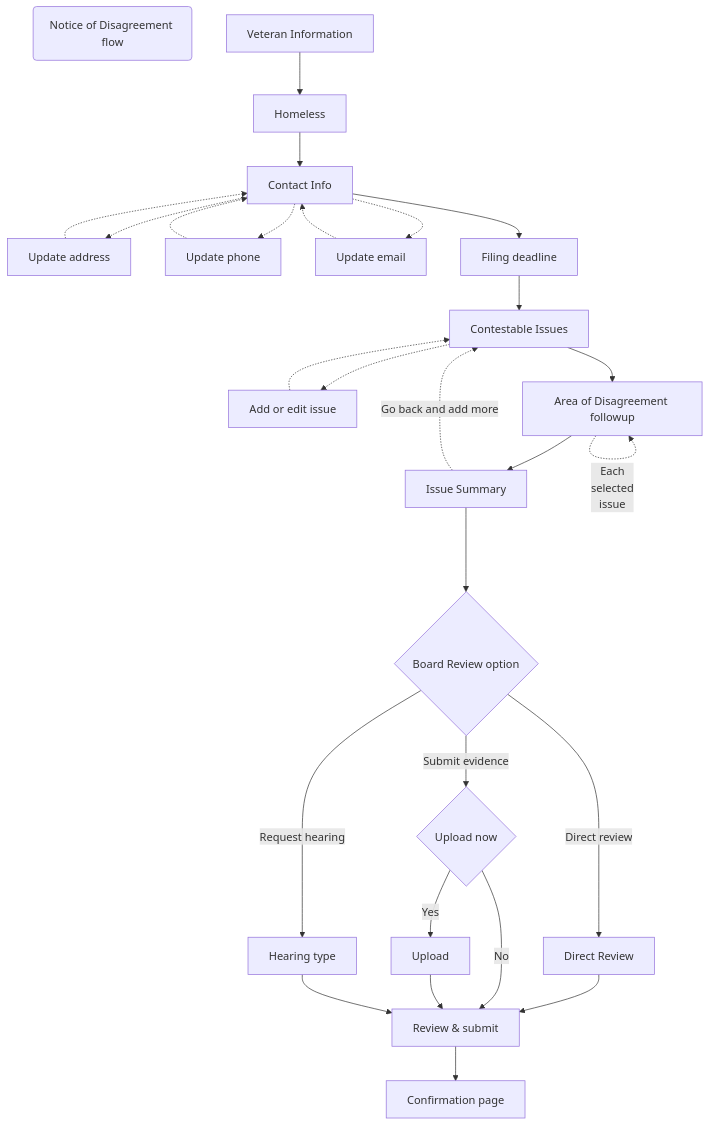
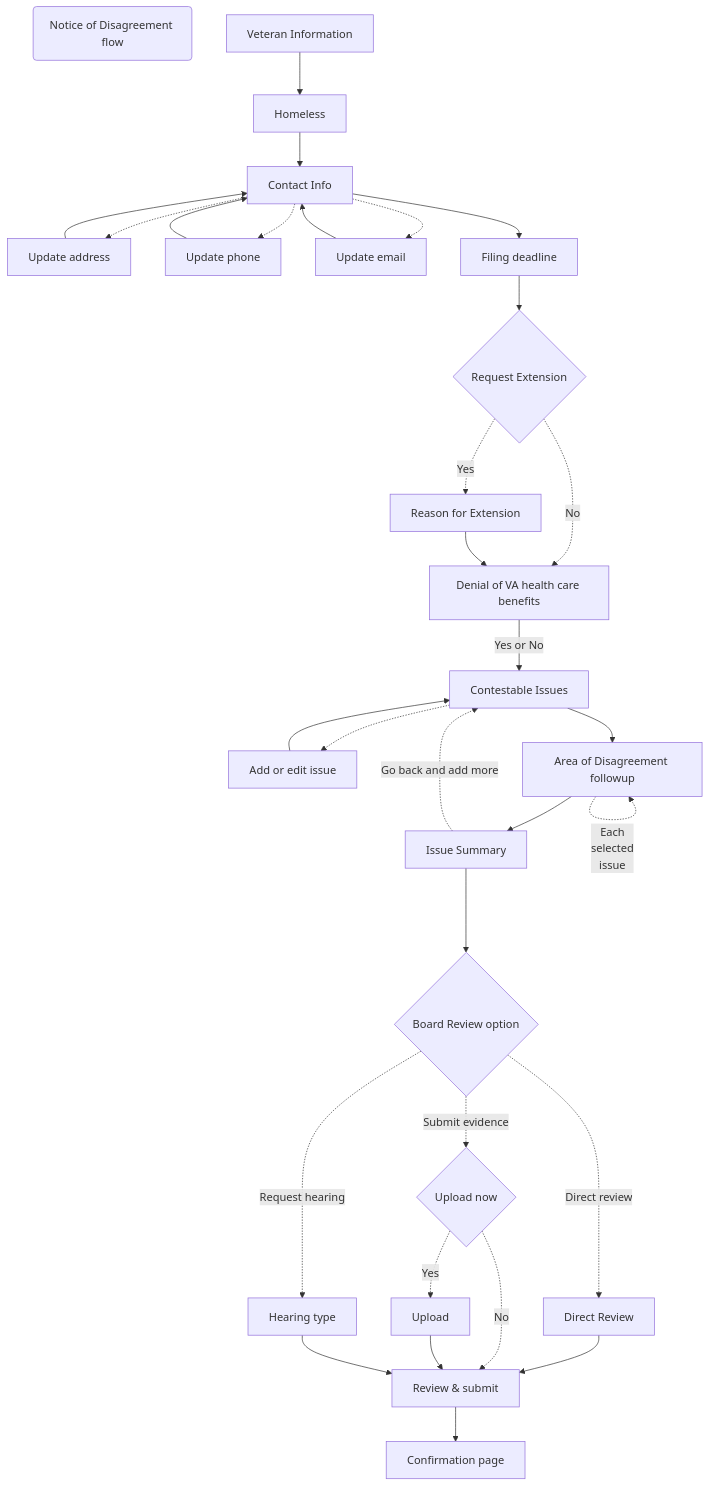
One commit to department-of-veterans-affairs/va.gov-team changed the diagram in products/decision-reviews/Notice-of-Disagreement/NOD_flow.md. Above: the diagram before and after it, drawn with Mermaid.

Commit message:
Update NOD flow diagram

````diff
--- a/products/decision-reviews/Notice-of-Disagreement/NOD_flow.md
+++ b/products/decision-reviews/Notice-of-Disagreement/NOD_flow.md
@@ -1,27 +1,32 @@
 ```mermaid
 flowchart TB
     Title(Notice of Disagreement flow)
 
-    A[Veteran Information] --> B[Homeless]
-    B --> C[Contact Info]
+    A[Veteran Information] --> homeless[Homeless]
+    homeless --> ContactInfo[Contact Info]
 
-    C -.-> D[Update address] -.-> C
-    C -.-> E[Update phone] -.-> C
-    C -.-> F[Update email] -.-> C
+    ContactInfo -.-> UpdateAddress[Update address] --> ContactInfo
+    ContactInfo -.-> UpdatePhone[Update phone] --> ContactInfo
+    ContactInfo -.-> UpdateEmail[Update email] --> ContactInfo
 
-    C --> G[Filing deadline]
-    G --> H[Contestable Issues]
+    ContactInfo --> Deadlines[Filing deadline]
+    Deadlines --> RequestExtension{Request Extension}
 
-    H -.-> I[Add or edit issue] -.-> H
+    RequestExtension -. No .-> DenialVAHC[Denial of VA health care benefits]
+    RequestExtension -. Yes .-> ReasonForExtension[Reason for Extension]
+    ReasonForExtension --> DenialVAHC
+    DenialVAHC -- Yes or No --> ContestableIssues[Contestable Issues]
 
-    H --> J[Area of Disagreement followup]
-    J -. Each \n selected \n issue .-> J
-    J --> K[Issue Summary] -. Go back and add more .-> H
-    K --> L{Board Review option}
-    L -- Direct review --> M[Direct Review] --> Q[Review & submit]
-    L -- Submit evidence --> N{Upload now}
-    N -- No --> Q
-    N -- Yes --> O[Upload] --> Q
-    L -- Request hearing --> P[Hearing type] --> Q
-    Q --> R[Confirmation page]
+    ContestableIssues -.-> AddIssue[Add or edit issue] --> ContestableIssues
+
+    ContestableIssues --> AreaOfDisagreement[Area of Disagreement followup]
+    AreaOfDisagreement -. Each \n selected \n issue .-> AreaOfDisagreement
+    AreaOfDisagreement --> IssueSummary[Issue Summary] -. Go back and add more .-> ContestableIssues
+    IssueSummary --> BoardReviewOption{Board Review option}
+    BoardReviewOption -. Direct review .-> DirectReview[Direct Review] --> ReviewAndSubmit[Review & submit]
+    BoardReviewOption -. Submit evidence .-> UploadNow{Upload now}
+    UploadNow -. No .-> ReviewAndSubmit
+    UploadNow -. Yes .-> Upload[Upload] --> ReviewAndSubmit
+    BoardReviewOption -. Request hearing .-> HearingType[Hearing type] --> ReviewAndSubmit
+    ReviewAndSubmit --> Confirmation[Confirmation page]
 ```
````
